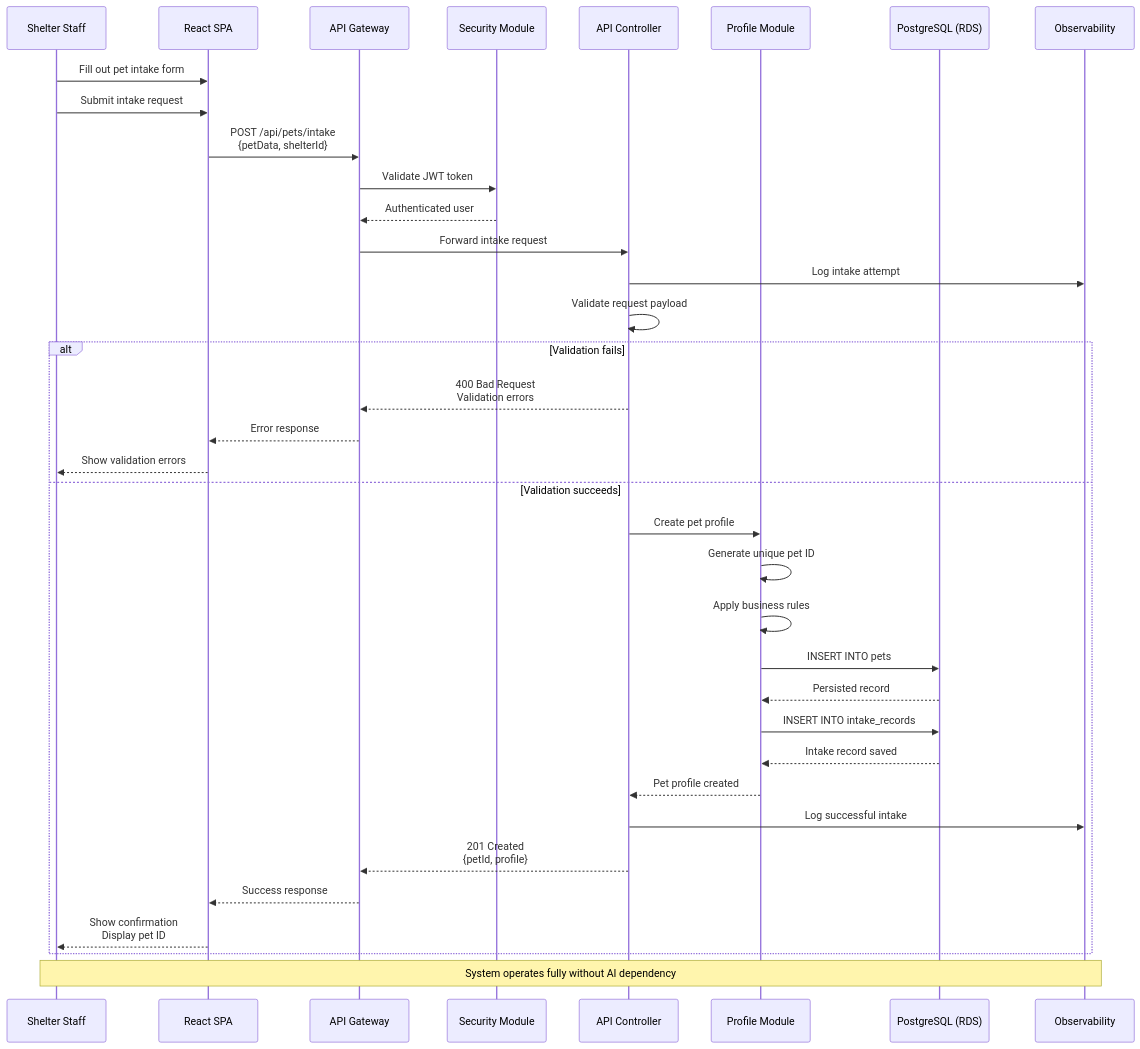
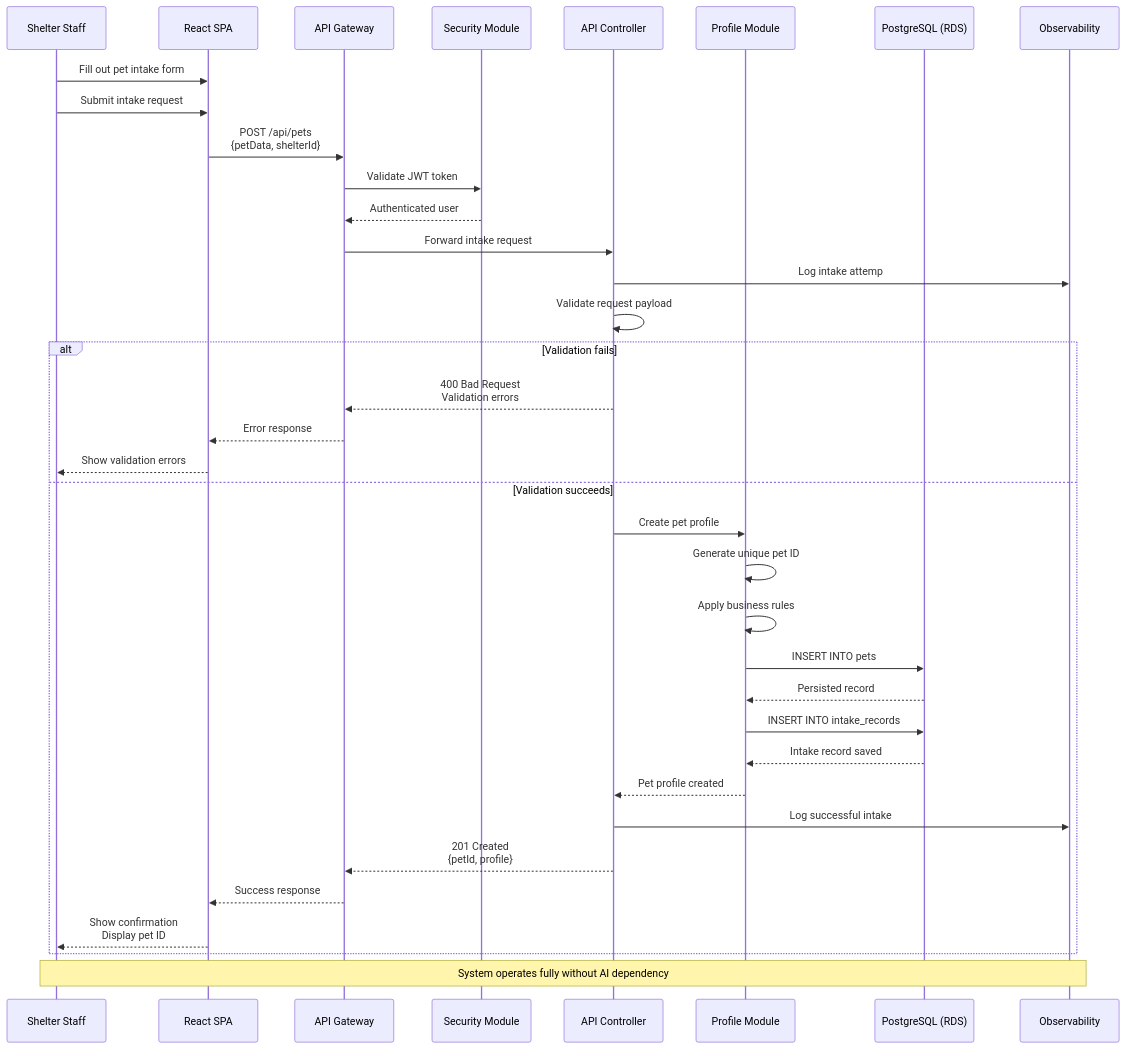
Before and after one commit to coding2themax/PetCore: the third of 6 diagrams in infracstucture/ArchDiagram.md, drawn with Mermaid. The commit also changed 8 other files, not shown here.

Commit message:
Refactor pet intake module: add get pet by ID functionality, update routes, and enhance architecture documentation

````diff
--- a/infracstucture/ArchDiagram.md
+++ b/infracstucture/ArchDiagram.md
@@ -101,49 +101,49 @@
 ```mermaid
 sequenceDiagram
     participant Staff as Shelter Staff
     participant FE as React SPA
     participant GW as API Gateway
     participant Auth as Security Module
     participant API as API Controller
     participant Profile as Profile Module
     participant DB as PostgreSQL (RDS)
     participant Obs as Observability
 
     Staff ->> FE: Fill out pet intake form
     Staff ->> FE: Submit intake request
 
-    FE ->> GW: POST /api/pets/intake<br/>{petData, shelterId}
+    FE ->> GW: POST /api/pets<br/>{petData, shelterId}
     GW ->> Auth: Validate JWT token
     Auth -->> GW: Authenticated user
 
     GW ->> API: Forward intake request
-    API ->> Obs: Log intake attempt
+    API ->> Obs: Log intake attemp
 
     API ->> API: Validate request payload
 
     alt Validation fails
         API -->> GW: 400 Bad Request<br/>Validation errors
         GW -->> FE: Error response
         FE -->> Staff: Show validation errors
     else Validation succeeds
         API ->> Profile: Create pet profile
         Profile ->> Profile: Generate unique pet ID
         Profile ->> Profile: Apply business rules
 
         Profile ->> DB: INSERT INTO pets
         DB -->> Profile: Persisted record
 
         Profile ->> DB: INSERT INTO intake_records
         DB -->> Profile: Intake record saved
 
         Profile -->> API: Pet profile created
         API ->> Obs: Log successful intake
 
         API -->> GW: 201 Created<br/>{petId, profile}
         GW -->> FE: Success response
         FE -->> Staff: Show confirmation<br/>Display pet ID
     end
 
     Note over Staff,Obs: System operates fully without AI dependency
 
 ```
````
